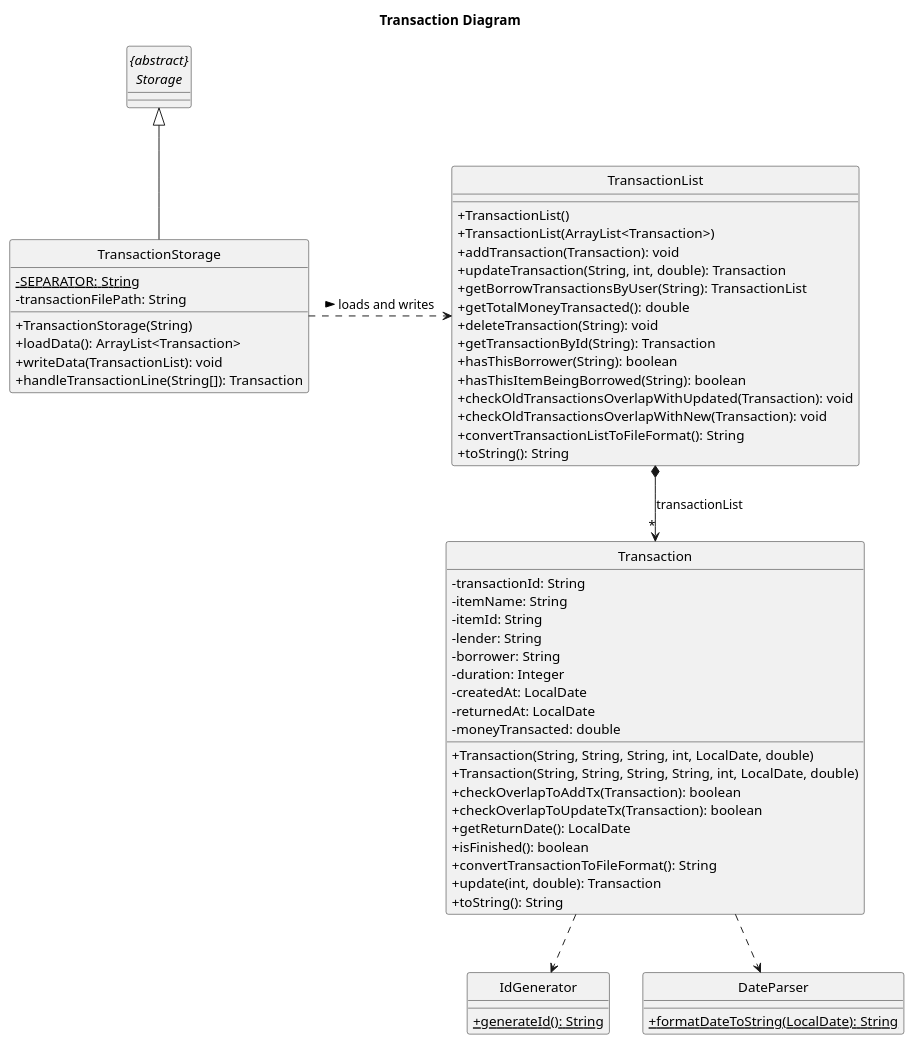
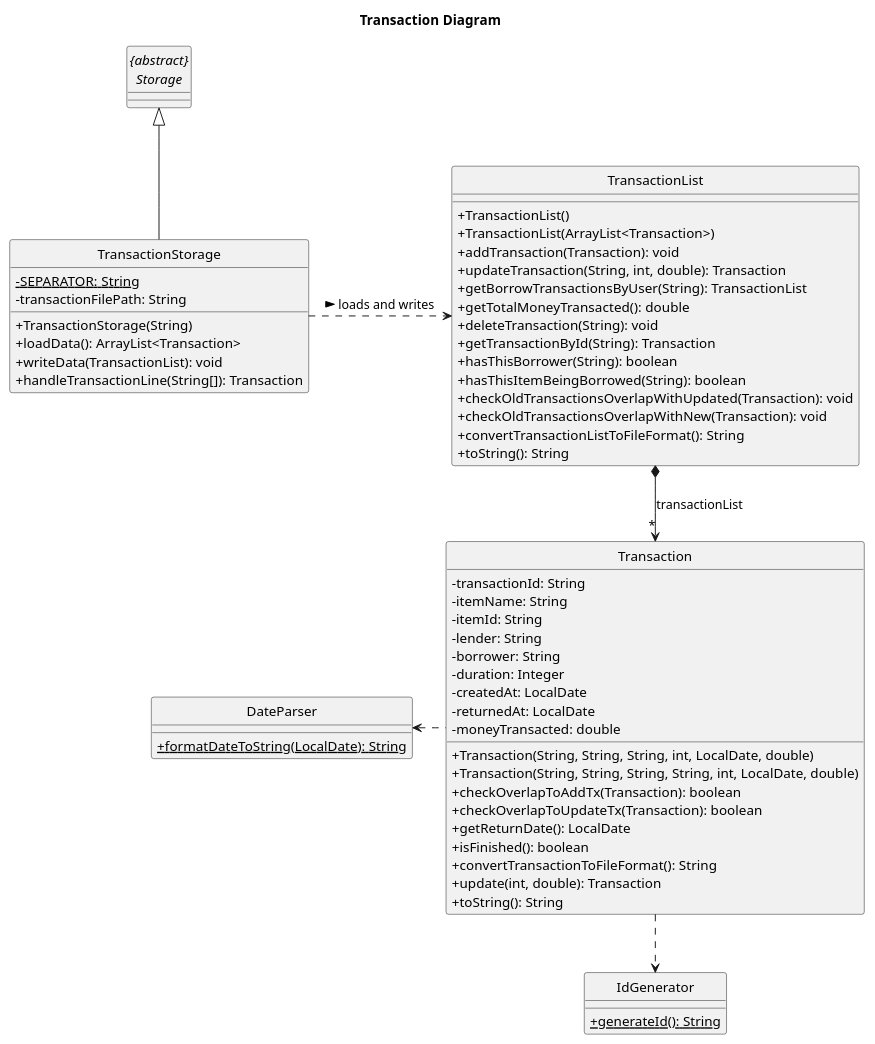
One commit to nus-cs2113-AY2223S1/tp changed the diagram in docs/diagrams/transaction/TransactionClass.puml. Above: the diagram before and after it, drawn with PlantUML. The commit also changed 4 other files, not shown here.

```diff
--- a/docs/diagrams/transaction/TransactionClass.puml
+++ b/docs/diagrams/transaction/TransactionClass.puml
@@ -1,73 +1,73 @@
 @startuml
 title Transaction Diagram
 
 skinparam classAttributeIconSize 0
 hide footbox
 hide circle
 
 class Transaction {
     - transactionId: String
     - itemName: String
     - itemId: String
     - lender: String
     - borrower: String
     - duration: Integer
     - createdAt: LocalDate
     - returnedAt: LocalDate
     - moneyTransacted: double
 
     + Transaction(String, String, String, int, LocalDate, double)
     + Transaction(String, String, String, String, int, LocalDate, double)
     + checkOverlapToAddTx(Transaction): boolean
     + checkOverlapToUpdateTx(Transaction): boolean
     + getReturnDate(): LocalDate
     + isFinished(): boolean
     + convertTransactionToFileFormat(): String
     + update(int, double): Transaction
     + toString(): String
 }
 
 class TransactionList {
     + TransactionList()
     + TransactionList(ArrayList<Transaction>)
     + addTransaction(Transaction): void
     + updateTransaction(String, int, double): Transaction
     + getBorrowTransactionsByUser(String): TransactionList
     + getTotalMoneyTransacted(): double
     + deleteTransaction(String): void
     + getTransactionById(String): Transaction
     + hasThisBorrower(String): boolean
     + hasThisItemBeingBorrowed(String): boolean
     + checkOldTransactionsOverlapWithUpdated(Transaction): void
     + checkOldTransactionsOverlapWithNew(Transaction): void
     + convertTransactionListToFileFormat(): String
     + toString(): String
 }
 
 class TransactionStorage {
     {static} - SEPARATOR: String
     - transactionFilePath: String
     + TransactionStorage(String)
     + loadData(): ArrayList<Transaction>
     + writeData(TransactionList): void
     + handleTransactionLine(String[]): Transaction
 }
 
 class IdGenerator {
     {static} + generateId(): String
 }
 
 abstract class "{abstract}\nStorage" {
 }
 
 class DateParser {
     {static} + formatDateToString(LocalDate): String
 }
 
 TransactionStorage .> TransactionList : > loads and writes
 TransactionList *--> "*" Transaction: transactionList
 Transaction ..> IdGenerator
-Transaction ..> DateParser
+Transaction .left..> DateParser
 "{abstract}\nStorage" <|-- TransactionStorage
 
 @enduml
```
